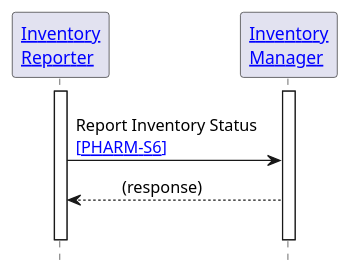
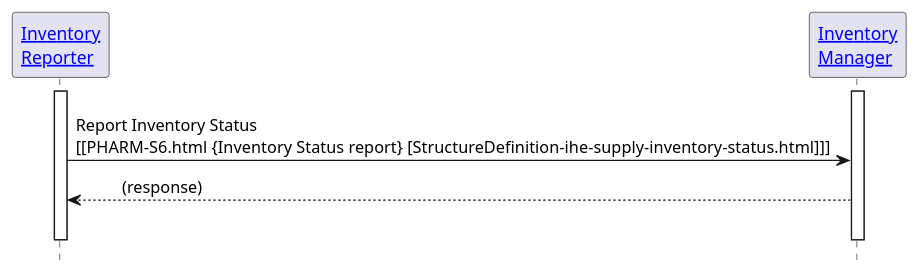
Before and after one commit to IHE/pharm-supply: the diagram in input/images-source/pharm-s6.plantuml, drawn with PlantUML. The commit also changed 10 other files, not shown here.

```diff
--- a/input/images-source/pharm-s6.plantuml
+++ b/input/images-source/pharm-s6.plantuml
@@ -1,22 +1,22 @@
 @startuml
 
 hide footbox
 
 '!include ./style.iuml
 
 
 participant "[[actors_and_transactions.html#inventory-reporter Inventory\nReporter]]" as IR
 participant "[[actors_and_transactions.html#inventory-manager Inventory\nManager]]" as IM
 
 activate IR
 activate IM
 
 IR -[hidden]> IM
-IR -> IM: Report Inventory Status \n[[PHARM-S6.html {Inventory Status report} ~[PHARM-S6~]]]
+IR -> IM: Report Inventory Status \n[[PHARM-S6.html {Inventory Status report}  ~[StructureDefinition-ihe-supply-inventory-status.html~]]]
 IR <-- IM: \t(response)\t
 IR -[hidden]> IM :"  "
 
 deactivate IR
 deactivate IM
 
 @enduml
```
